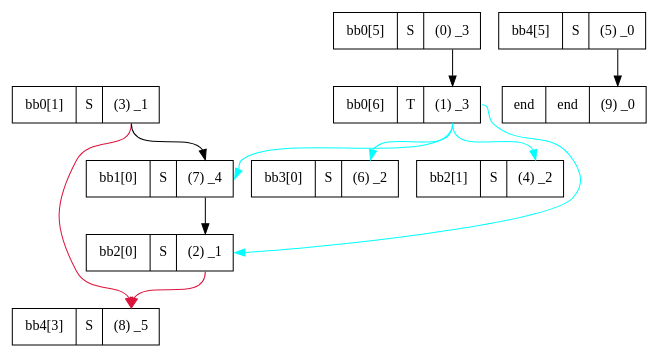
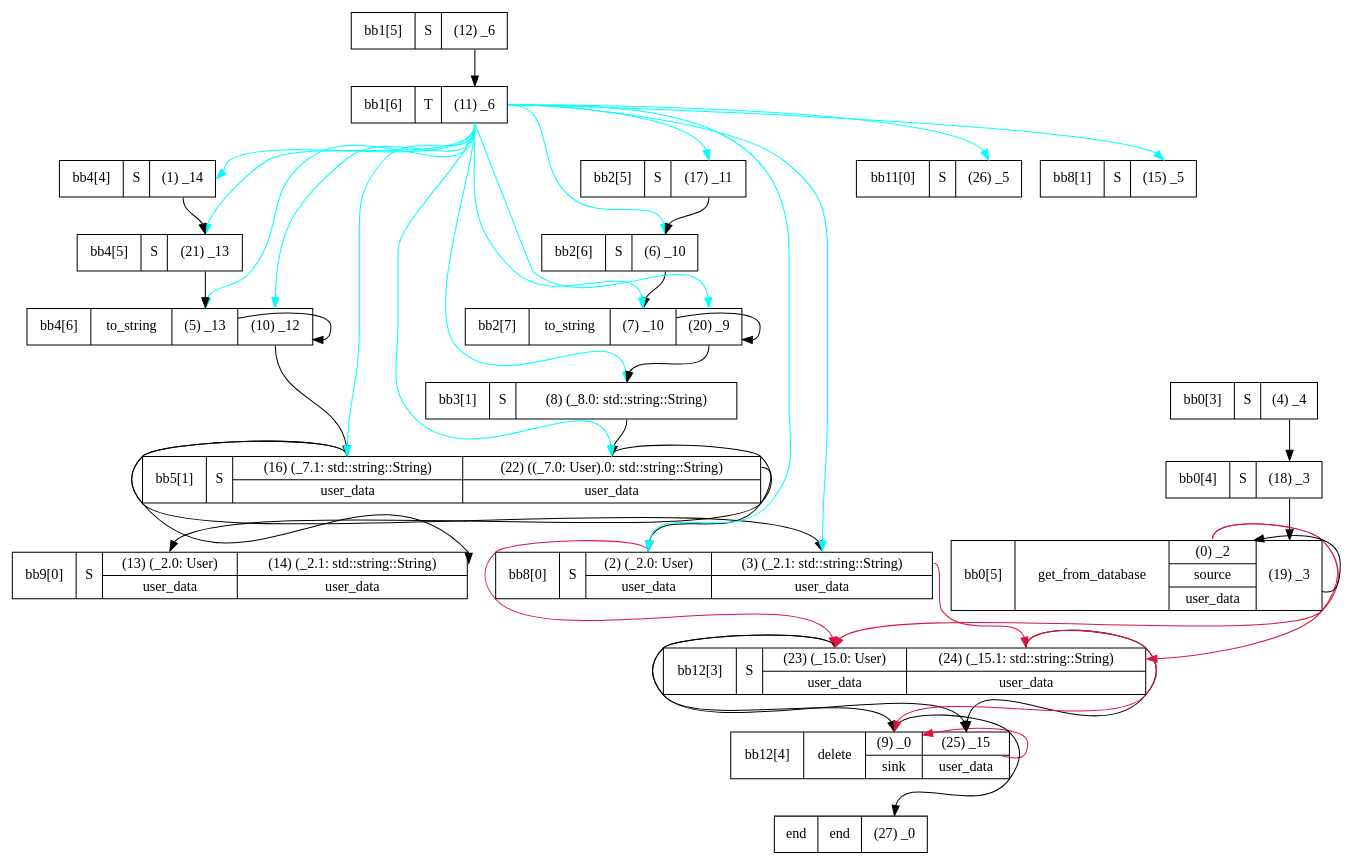
One commit to MithiJ/paralegal changed the diagram in guide/file-db-example/call-only-flow.gv. Above: the diagram before and after it, drawn with Graphviz. The commit also changed 19 other files, not shown here.

```diff
--- a/guide/file-db-example/call-only-flow.gv
+++ b/guide/file-db-example/call-only-flow.gv
@@ -1,22 +1,64 @@
 digraph g {
-    n4933618640[label="bb0[6]|T|<p1> (1) _3"][shape="record"];
-    n4933588864[label="end|end|<p9> (9) _0"][shape="record"];
-    n4933611552[label="bb3[0]|S|<p6> (6) _2"][shape="record"];
-    n4933613264[label="bb2[1]|S|<p4> (4) _2"][shape="record"];
-    n4933617088[label="bb4[3]|S|<p8> (8) _5"][shape="record"];
-    n4933585856[label="bb0[5]|S|<p0> (0) _3"][shape="record"];
-    n4933587888[label="bb2[0]|S|<p2> (2) _1"][shape="record"];
-    n4933612784[label="bb0[1]|S|<p3> (3) _1"][shape="record"];
-    n4933616672[label="bb1[0]|S|<p7> (7) _4"][shape="record"];
-    n4933589696[label="bb4[5]|S|<p5> (5) _0"][shape="record"];
-    n4933612784:p3 -> n4933617088:p8[label=""][color="crimson"];
-    n4933585856:p0 -> n4933618640:p1[label=""];
-    n4933618640:p1 -> n4933613264:p4[label=""][color="aqua"];
-    n4933589696:p5 -> n4933588864:p9[label=""];
-    n4933618640:p1 -> n4933611552:p6[label=""][color="aqua"];
-    n4933612784:p3 -> n4933616672:p7[label=""];
-    n4933616672:p7 -> n4933587888:p2[label=""];
-    n4933618640:p1 -> n4933587888:p2[label=""][color="aqua"];
-    n4933618640:p1 -> n4933616672:p7[label=""][color="aqua"];
-    n4933587888:p2 -> n4933617088:p8[label=""][color="crimson"];
+    n5007137568[label="bb2[6]|S|<p6> (6) _10"][shape="record"];
+    n5006152464[label="bb12[4]|delete|{<p9> (9) _0| sink}|{<p25> (25) _15| user_data}"][shape="record"];
+    n5006248960[label="bb9[0]|S|{<p13> (13) (_2.0: User)| user_data}|{<p14> (14) (_2.1: std::string::String)| user_data}"][shape="record"];
+    n5007151856[label="bb4[6]|to_string|<p5> (5) _13|<p10> (10) _12"][shape="record"];
+    n5007104368[label="bb11[0]|S|<p26> (26) _5"][shape="record"];
+    n5006400128[label="bb8[1]|S|<p15> (15) _5"][shape="record"];
+    n5007090944[label="bb5[1]|S|{<p16> (16) (_7.1: std::string::String)| user_data}|{<p22> (22) ((_7.0: User).0: std::string::String)| user_data}"][shape="record"];
+    n5006293584[label="bb8[0]|S|{<p2> (2) (_2.0: User)| user_data}|{<p3> (3) (_2.1: std::string::String)| user_data}"][shape="record"];
+    n5007124416[label="bb3[1]|S|<p8> (8) (_8.0: std::string::String)"][shape="record"];
+    n5006244640[label="bb1[6]|T|<p11> (11) _6"][shape="record"];
+    n5007164432[label="bb2[5]|S|<p17> (17) _11"][shape="record"];
+    n5006405152[label="bb12[3]|S|{<p23> (23) (_15.0: User)| user_data}|{<p24> (24) (_15.1: std::string::String)| user_data}"][shape="record"];
+    n5006104336[label="end|end|<p27> (27) _0"][shape="record"];
+    n5007098880[label="bb2[7]|to_string|<p7> (7) _10|<p20> (20) _9"][shape="record"];
+    n5007098768[label="bb0[3]|S|<p4> (4) _4"][shape="record"];
+    n5007159600[label="bb4[4]|S|<p1> (1) _14"][shape="record"];
+    n5007124800[label="bb1[5]|S|<p12> (12) _6"][shape="record"];
+    n5007139408[label="bb0[4]|S|<p18> (18) _3"][shape="record"];
+    n5007131776[label="bb4[5]|S|<p21> (21) _13"][shape="record"];
+    n5007132176[label="bb0[5]|get_from_database|{<p0> (0) _2| source| user_data}|<p19> (19) _3"][shape="record"];
+    n5007124800:p12 -> n5006244640:p11[label=""];
+    n5007132176:p19 -> n5007132176:p0[label=""];
+    n5007164432:p17 -> n5007137568:p6[label=""];
+    n5007137568:p6 -> n5007098880:p7[label=""];
+    n5007131776:p21 -> n5007151856:p5[label=""];
+    n5007090944:p16 -> n5006248960:p14[label=""];
+    n5006244640:p11 -> n5006400128:p15[label=""][color="aqua"];
+    n5006244640:p11 -> n5007098880:p20[label=""][color="aqua"];
+    n5007098768:p4 -> n5007139408:p18[label=""];
+    n5007151856:p10 -> n5007090944:p16[label=""];
+    n5006244640:p11 -> n5006293584:p2[label=""][color="aqua"];
+    n5007090944:p16 -> n5006293584:p3[label=""];
+    n5006405152:p23 -> n5006152464:p9[label=""];
+    n5006405152:p23 -> n5006152464:p25[label=""];
+    n5007132176:p0 -> n5006405152:p24[label=""][color="crimson"];
+    n5006244640:p11 -> n5007124416:p8[label=""][color="aqua"];
+    n5006293584:p3 -> n5006405152:p24[label=""][color="crimson"];
+    n5006244640:p11 -> n5007137568:p6[label=""][color="aqua"];
+    n5006244640:p11 -> n5007098880:p7[label=""][color="aqua"];
+    n5006244640:p11 -> n5007104368:p26[label=""][color="aqua"];
+    n5007151856:p5 -> n5007151856:p10[label=""];
+    n5007139408:p18 -> n5007132176:p19[label=""];
+    n5006244640:p11 -> n5007159600:p1[label=""][color="aqua"];
+    n5006244640:p11 -> n5007131776:p21[label=""][color="aqua"];
+    n5007124416:p8 -> n5007090944:p22[label=""];
+    n5006244640:p11 -> n5007090944:p16[label=""][color="aqua"];
+    n5007132176:p0 -> n5006405152:p23[label=""][color="crimson"];
+    n5006405152:p24 -> n5006152464:p25[label=""];
+    n5006405152:p24 -> n5006152464:p9[label=""][color="crimson"];
+    n5007098880:p20 -> n5007124416:p8[label=""];
+    n5007090944:p22 -> n5006248960:p13[label=""];
+    n5006152464:p25 -> n5006152464:p9[label=""][color="crimson"];
+    n5006293584:p2 -> n5006405152:p23[label=""][color="crimson"];
+    n5006244640:p11 -> n5007151856:p5[label=""][color="aqua"];
+    n5007098880:p7 -> n5007098880:p20[label=""];
+    n5006244640:p11 -> n5007090944:p22[label=""][color="aqua"];
+    n5006244640:p11 -> n5007151856:p10[label=""][color="aqua"];
+    n5007090944:p22 -> n5006293584:p2[label=""];
+    n5007159600:p1 -> n5007131776:p21[label=""];
+    n5006244640:p11 -> n5006293584:p3[label=""][color="aqua"];
+    n5006244640:p11 -> n5007164432:p17[label=""][color="aqua"];
+    n5006152464:p9 -> n5006104336:p27[label=""];
 }
```
